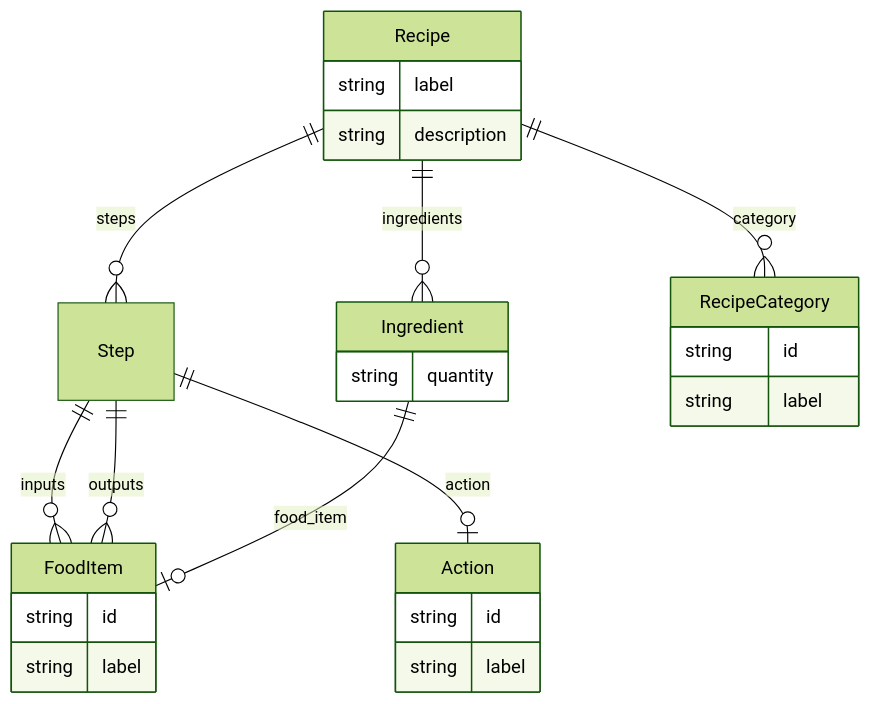
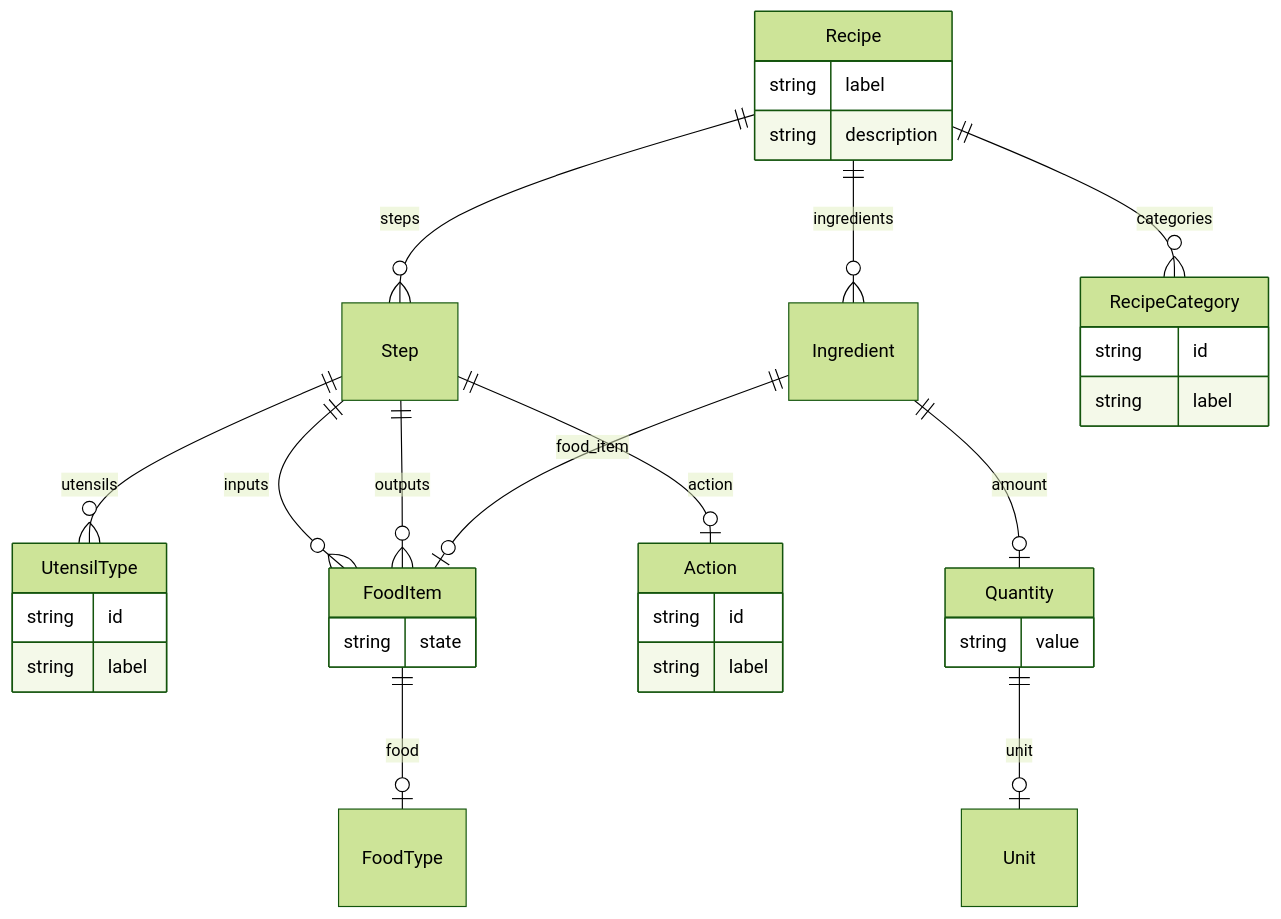
One commit to monarch-initiative/ontogpt changed the diagram in docs/recipe/recipe.md. Above: the diagram before and after it, drawn with Mermaid (forest theme). The commit also changed other lines of this file and 93 other files, not shown here.

````diff
--- a/docs/recipe/recipe.md
+++ b/docs/recipe/recipe.md
@@ -8,34 +8,44 @@
 ```mermaid
 erDiagram
 Recipe {
     string label  
     string description  
 }
 Step {
 
 }
-FoodItem {
+UtensilType {
     string id  
     string label  
+}
+FoodItem {
+    string state  
 }
 Action {
     string id  
     string label  
 }
 Ingredient {
-    string quantity  
+
+}
+Quantity {
+    string value  
 }
 RecipeCategory {
     string id  
     string label  
 }
 
-Recipe ||--}o RecipeCategory : "category"
+Recipe ||--}o RecipeCategory : "categories"
 Recipe ||--}o Ingredient : "ingredients"
 Recipe ||--}o Step : "steps"
 Step ||--|o Action : "action"
 Step ||--}o FoodItem : "inputs"
 Step ||--}o FoodItem : "outputs"
+Step ||--}o UtensilType : "utensils"
+FoodItem ||--|o FoodType : "food"
 Ingredient ||--|o FoodItem : "food_item"
+Ingredient ||--|o Quantity : "amount"
+Quantity ||--|o Unit : "unit"
 
 ```
````
